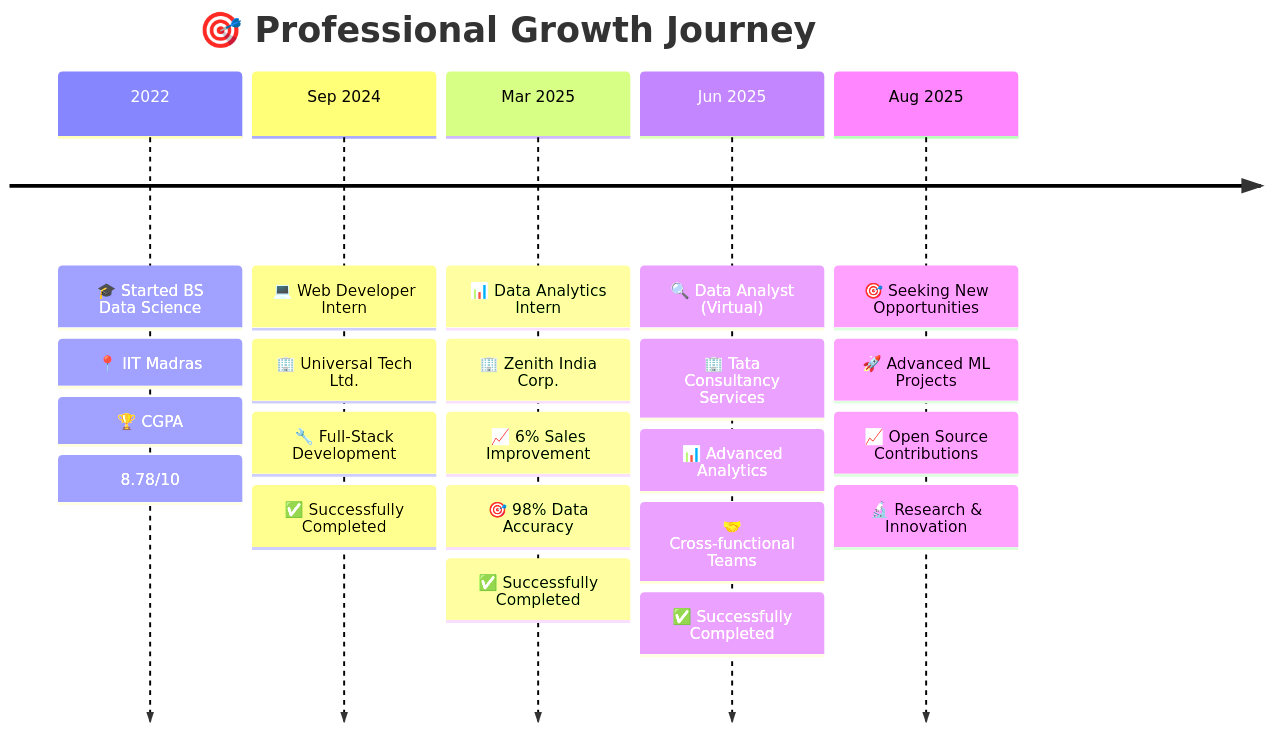
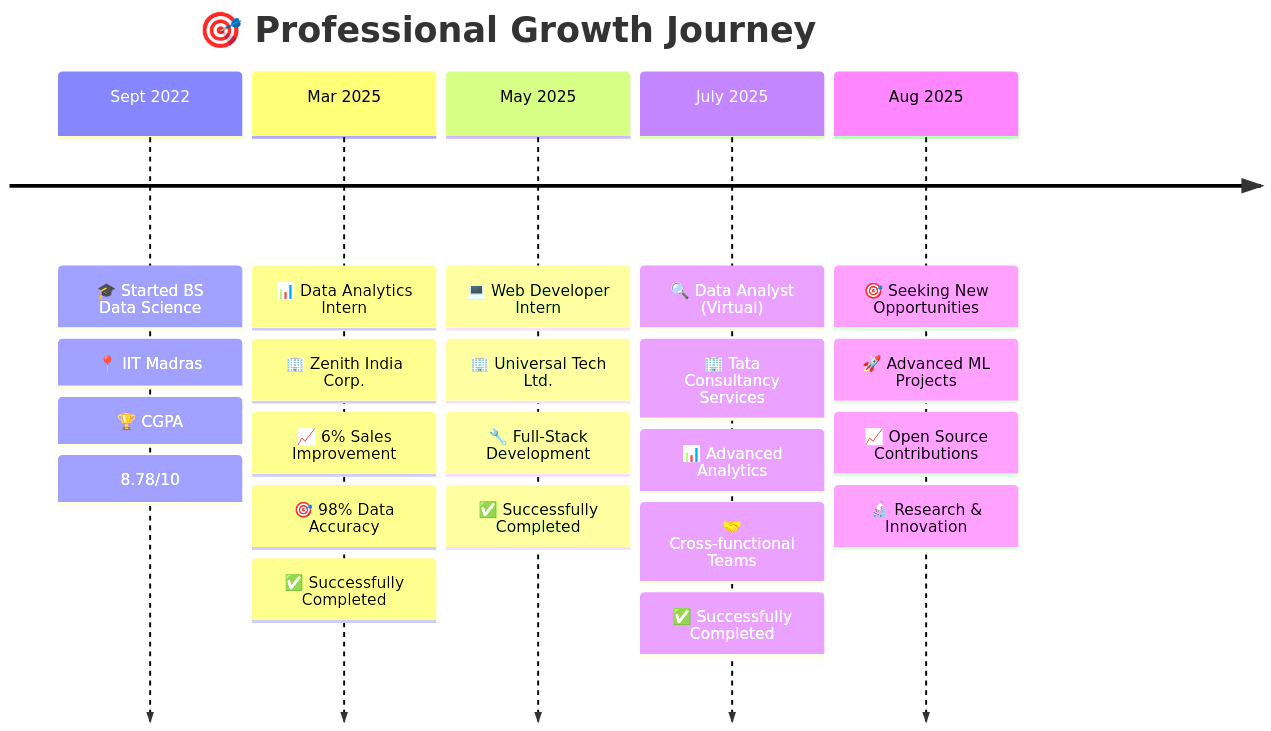
Before and after one commit to i-satyamsaurabh/i-satyamsaurabh: the diagram in README.md, drawn with Mermaid.

````diff
--- a/README.md
+++ b/README.md
@@ -202,30 +202,30 @@
 ```mermaid
 timeline
     title 🎯 Professional Growth Journey
     
-    2022        : 🎓 Started BS Data Science
+    Sept 2022   : 🎓 Started BS Data Science
                 : 📍 IIT Madras
                 : 🏆 CGPA: 8.78/10
-    
-    Sep 2024    : 💻 Web Developer Intern
-                : 🏢 Universal Tech Ltd.
-                : 🔧 Full-Stack Development
-                : ✅ Successfully Completed
     
     Mar 2025    : 📊 Data Analytics Intern
                 : 🏢 Zenith India Corp.
                 : 📈 6% Sales Improvement
                 : 🎯 98% Data Accuracy
                 : ✅ Successfully Completed
+
+    May 2025    : 💻 Web Developer Intern
+                : 🏢 Universal Tech Ltd.
+                : 🔧 Full-Stack Development
+                : ✅ Successfully Completed
     
-    Jun 2025    : 🔍 Data Analyst (Virtual)
+    July 2025    : 🔍 Data Analyst (Virtual)
                 : 🏢 Tata Consultancy Services
                 : 📊 Advanced Analytics
                 : 🤝 Cross-functional Teams
                 : ✅ Successfully Completed
     
     Aug 2025    : 🎯 Seeking New Opportunities
                 : 🚀 Advanced ML Projects
                 : 📈 Open Source Contributions
                 : 🔬 Research & Innovation
 ```
````
